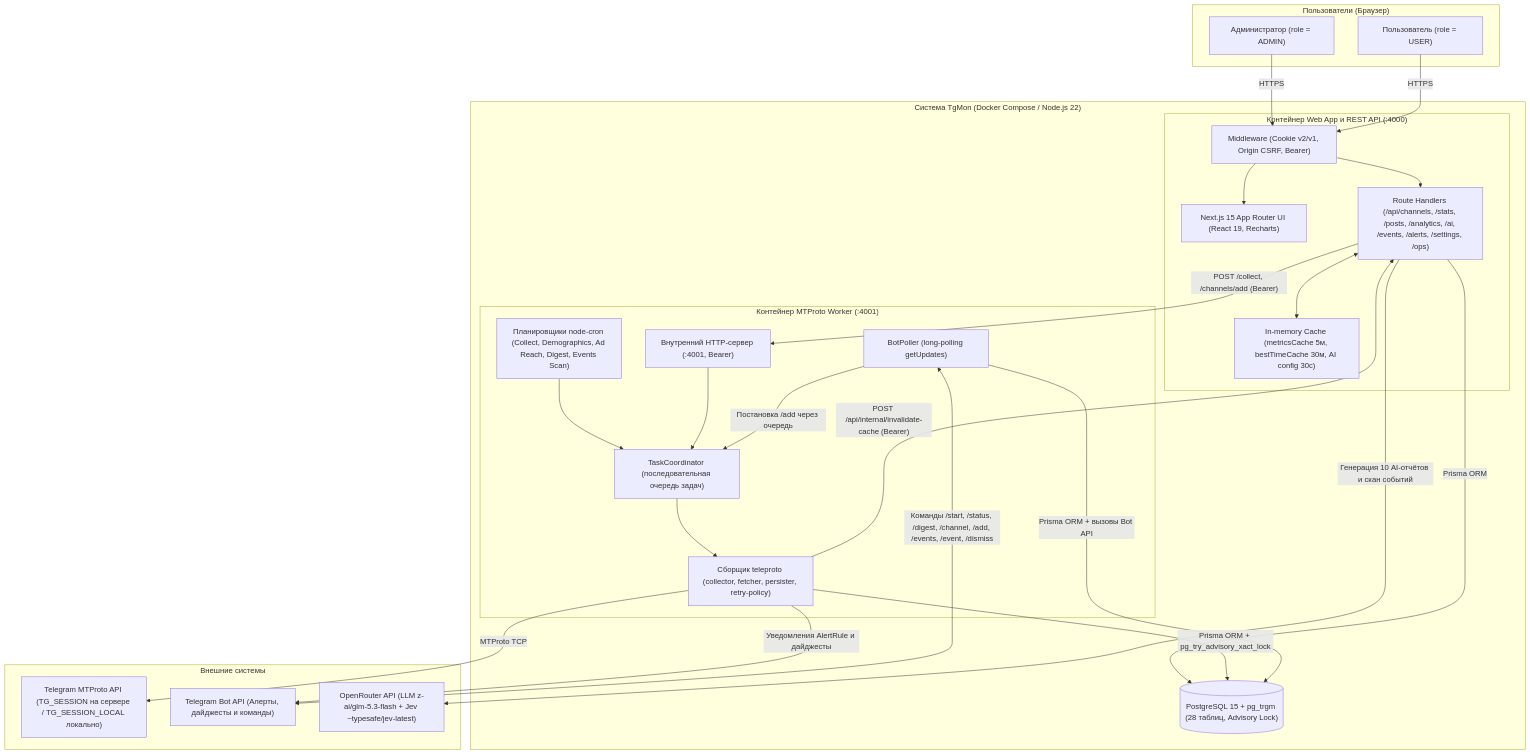
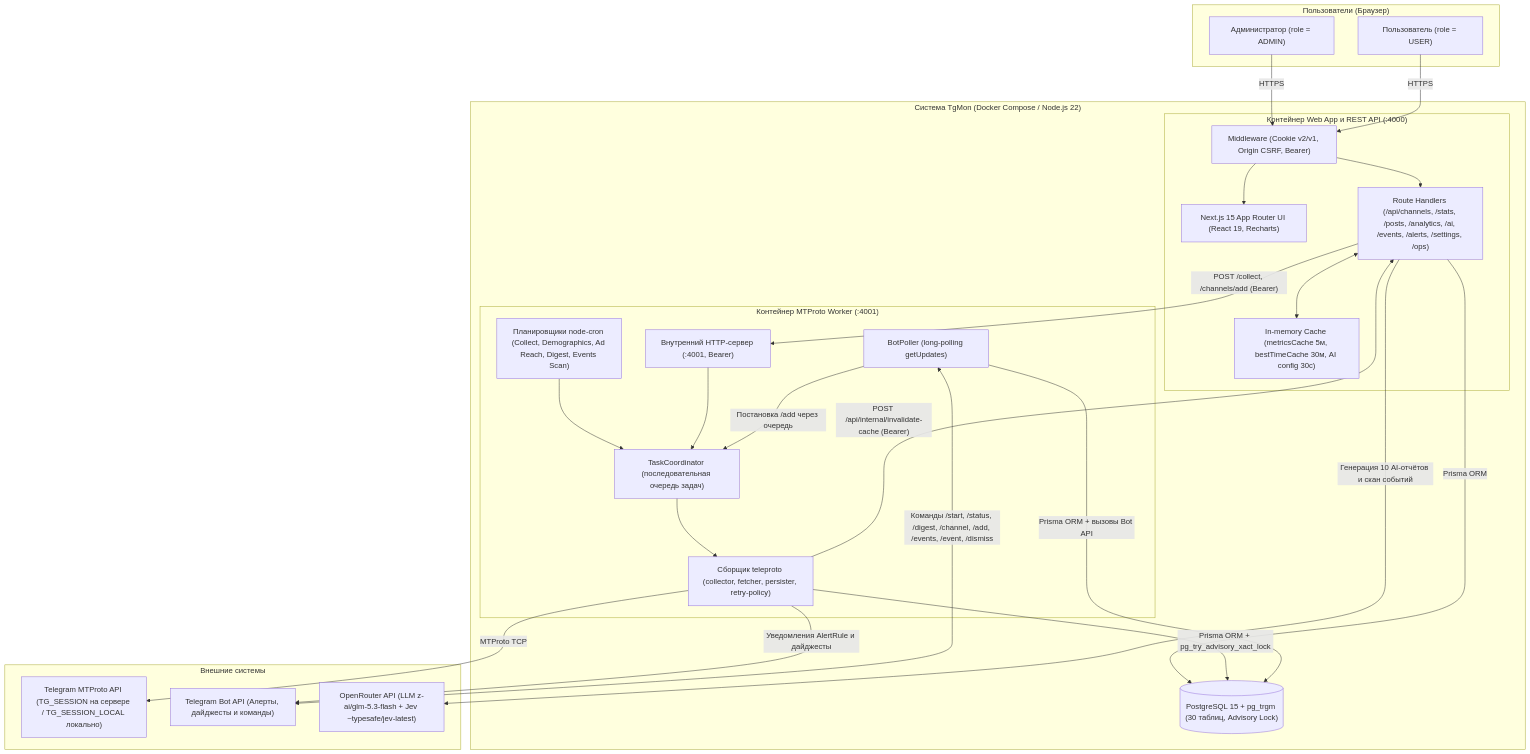
The first of 9 diagrams in docs/architecture.md (liquidsyntes/tg_mons), drawn with Mermaid before and after one commit. The commit also changed other lines of this file and 14 other files, not shown here.

Commit message:
docs: синхронизируй docs с актуальной схемой БД/API и очисти U+2014

````diff
--- a/docs/architecture.md
+++ b/docs/architecture.md
@@ -7,52 +7,52 @@
 ```mermaid
 flowchart TB
     subgraph Users["Пользователи (Браузер)"]
         Admin["Администратор (role = ADMIN)"]
         RegularUser["Пользователь (role = USER)"]
     end
 
     subgraph TgMon["Система TgMon (Docker Compose / Node.js 22)"]
         subgraph WebContainer["Контейнер Web App и REST API (:4000)"]
             MW["Middleware (Cookie v2/v1, Origin CSRF, Bearer)"]
             UI["Next.js 15 App Router UI (React 19, Recharts)"]
             API["Route Handlers (/api/channels, /stats, /posts, /analytics, /ai, /events, /alerts, /settings, /ops)"]
             Cache["In-memory Cache (metricsCache 5м, bestTimeCache 30м, AI config 30с)"]
         end
 
         subgraph WorkerContainer["Контейнер MTProto Worker (:4001)"]
             WServer["Внутренний HTTP-сервер (:4001, Bearer)"]
             Cron["Планировщики node-cron (Collect, Demographics, Ad Reach, Digest, Events Scan)"]
             Poller["BotPoller (long-polling getUpdates)"]
             Coord["TaskCoordinator (последовательная очередь задач)"]
             Collector["Сборщик teleproto (collector, fetcher, persister, retry-policy)"]
         end
 
-        DB[("PostgreSQL 15 + pg_trgm (28 таблиц, Advisory Lock)")]
+        DB[("PostgreSQL 15 + pg_trgm (30 таблиц, Advisory Lock)")]
     end
 
     subgraph External["Внешние системы"]
         TG["Telegram MTProto API (TG_SESSION на сервере / TG_SESSION_LOCAL локально)"]
         Bot["Telegram Bot API (Алерты, дайджесты и команды)"]
         OR["OpenRouter API (LLM z-ai/glm-5.3-flash + Jev ~typesafe/jev-latest)"]
     end
 
     Admin -->|"HTTPS"| MW
     RegularUser -->|"HTTPS"| MW
     MW --> UI
     MW --> API
     API <--> Cache
     API -->|"Prisma ORM"| DB
     API -->|"Генерация 10 AI-отчётов и скан событий"| OR
     API -->|"POST /collect, /channels/add (Bearer)"| WServer
 
     Cron --> Coord
     WServer --> Coord
     Poller -->|"Постановка /add через очередь"| Coord
     Coord --> Collector
     Collector -->|"MTProto TCP"| TG
     Collector -->|"Prisma ORM + pg_try_advisory_xact_lock"| DB
     Poller -->|"Prisma ORM + вызовы Bot API"| DB
     Collector -->|"POST /api/internal/invalidate-cache (Bearer)"| API
     Collector -->|"Уведомления AlertRule и дайджесты"| Bot
     Poller <-->|"Команды /start, /status, /digest, /channel, /add, /events, /event, /dismiss"| Bot
 ```
````
